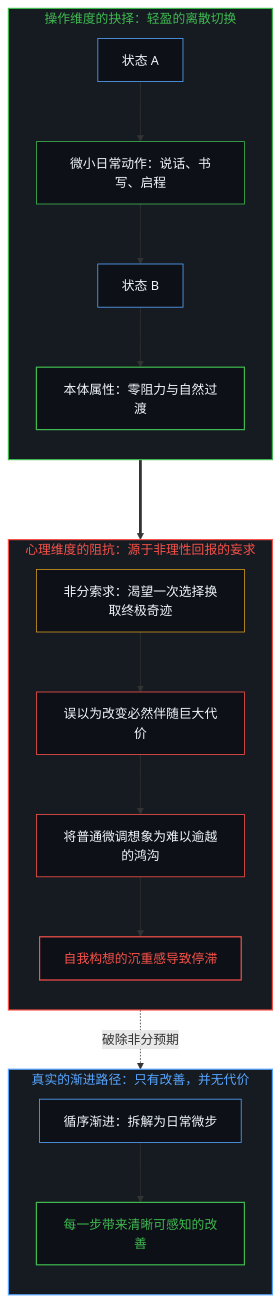
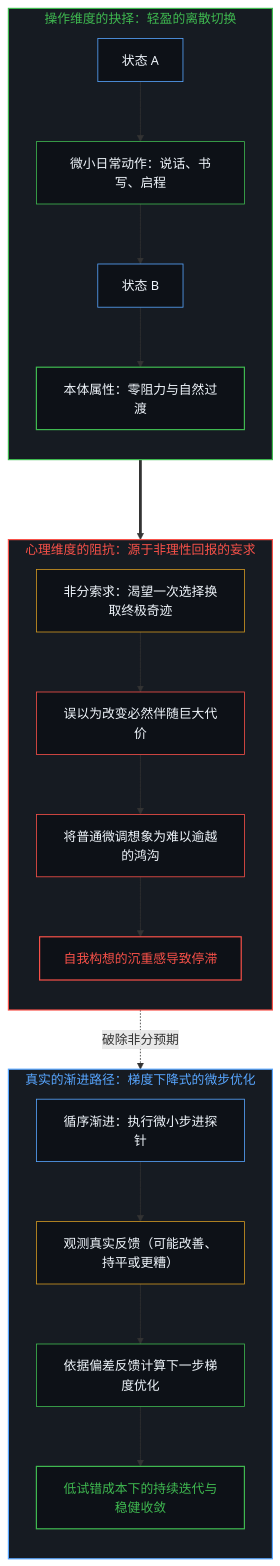
Before and after one commit to powerpig99/not-a-toe: the third of 10 diagrams in content/posts/choice-itself-has-no-inherent-weight.md, drawn with Mermaid. The commit also changed other lines of this file and 4 other files, not shown here.

````diff
--- a/content/posts/choice-itself-has-no-inherent-weight.md
+++ b/content/posts/choice-itself-has-no-inherent-weight.md
@@ -85,38 +85,42 @@
 ```mermaid
 graph TD
     subgraph S_Physics ["操作维度的抉择：轻盈的离散切换"]
         direction TB
         P_State["状态 A"] --> P_Act["微小日常动作：说话、书写、启程"]
         P_Act --> P_Next["状态 B"]
         P_Next --> P_Weightless["本体属性：零阻力与自然过渡"]
     end
 
     subgraph S_Psychology ["心理维度的阻抗：源于非理性回报的妄求"]
         direction TB
         M_Demand["非分索求：渴望一次选择换取终极奇迹"] --> M_Fantasy["误以为改变必然伴随巨大代价"]
         M_Fantasy --> M_Amplifier["将普通微调想象为难以逾越的鸿沟"]
         M_Amplifier --> M_Crushed["自我构想的沉重感导致停滞"]
     end
 
-    subgraph S_Reality ["真实的渐进路径：只有改善，并无代价"]
+    subgraph S_Reality ["真实的渐进路径：梯度下降式的微步优化"]
         direction TB
-        R_Step["循序渐进：拆解为日常微步"] --> R_Improve["每一步带来清晰可感知的改善"]
+        R_Step["循序渐进：执行微小步进探针"] --> R_Feedback["观测真实反馈（可能改善、持平或更糟）"]
+        R_Feedback --> R_Descent["依据偏差反馈计算下一步梯度优化"]
+        R_Descent --> R_Converge["低试错成本下的持续迭代与稳健收敛"]
     end
 
     P_Act ===> M_Demand
     M_Demand -.->|破除非分预期| R_Step
 
     style S_Physics fill:#161b22,stroke:#3fb950,stroke-width:1.5px,color:#3fb950
     style S_Psychology fill:#161b22,stroke:#f85149,stroke-width:1.5px,color:#f85149
     style S_Reality fill:#161b22,stroke:#58a6ff,stroke-width:1.5px,color:#58a6ff
     style P_State fill:#0d1117,stroke:#58a6ff,stroke-width:1px,color:#f0f6fc
     style P_Act fill:#0d1117,stroke:#3fb950,stroke-width:1px,color:#f0f6fc
     style P_Next fill:#0d1117,stroke:#58a6ff,stroke-width:1px,color:#f0f6fc
     style P_Weightless fill:#0d1117,stroke:#3fb950,stroke-width:1.5px,color:#f0f6fc
     style M_Demand fill:#0d1117,stroke:#d29922,stroke-width:1px,color:#f0f6fc
     style M_Fantasy fill:#0d1117,stroke:#f85149,stroke-width:1px,color:#f0f6fc
     style M_Amplifier fill:#0d1117,stroke:#f85149,stroke-width:1px,color:#f0f6fc
     style M_Crushed fill:#0d1117,stroke:#f85149,stroke-width:1.5px,color:#f85149
     style R_Step fill:#0d1117,stroke:#58a6ff,stroke-width:1px,color:#f0f6fc
-    style R_Improve fill:#0d1117,stroke:#3fb950,stroke-width:1.5px,color:#3fb950
+    style R_Feedback fill:#0d1117,stroke:#d29922,stroke-width:1px,color:#f0f6fc
+    style R_Descent fill:#0d1117,stroke:#3fb950,stroke-width:1px,color:#f0f6fc
+    style R_Converge fill:#0d1117,stroke:#3fb950,stroke-width:1.5px,color:#3fb950
 ```
````
